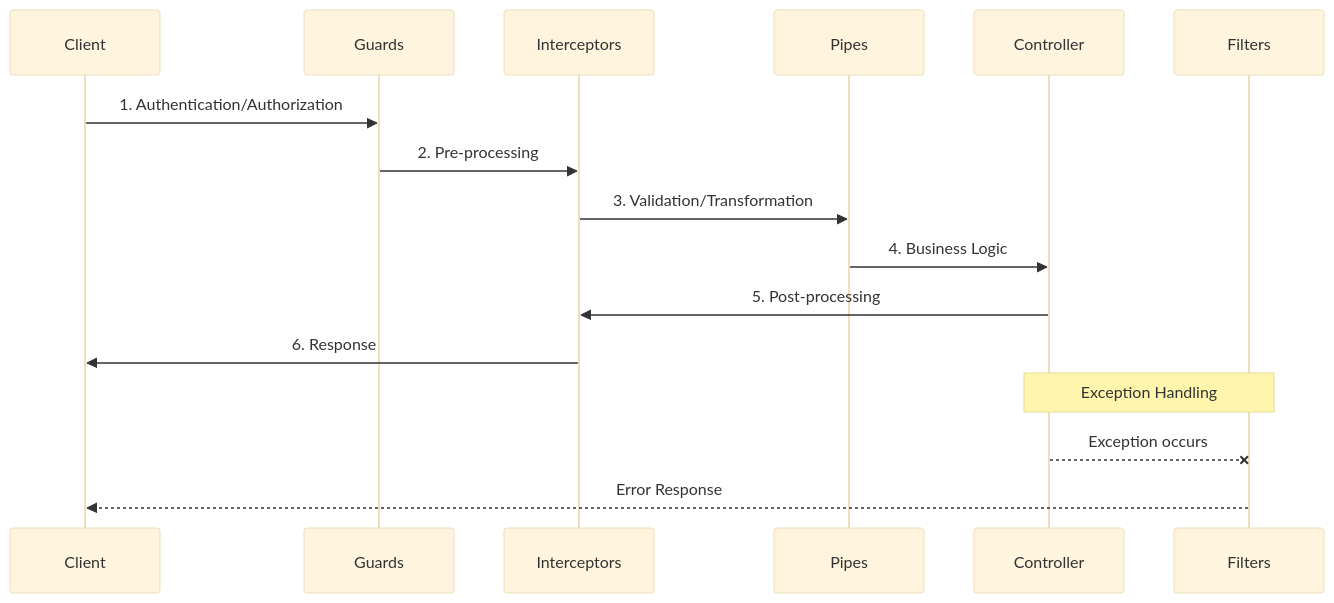
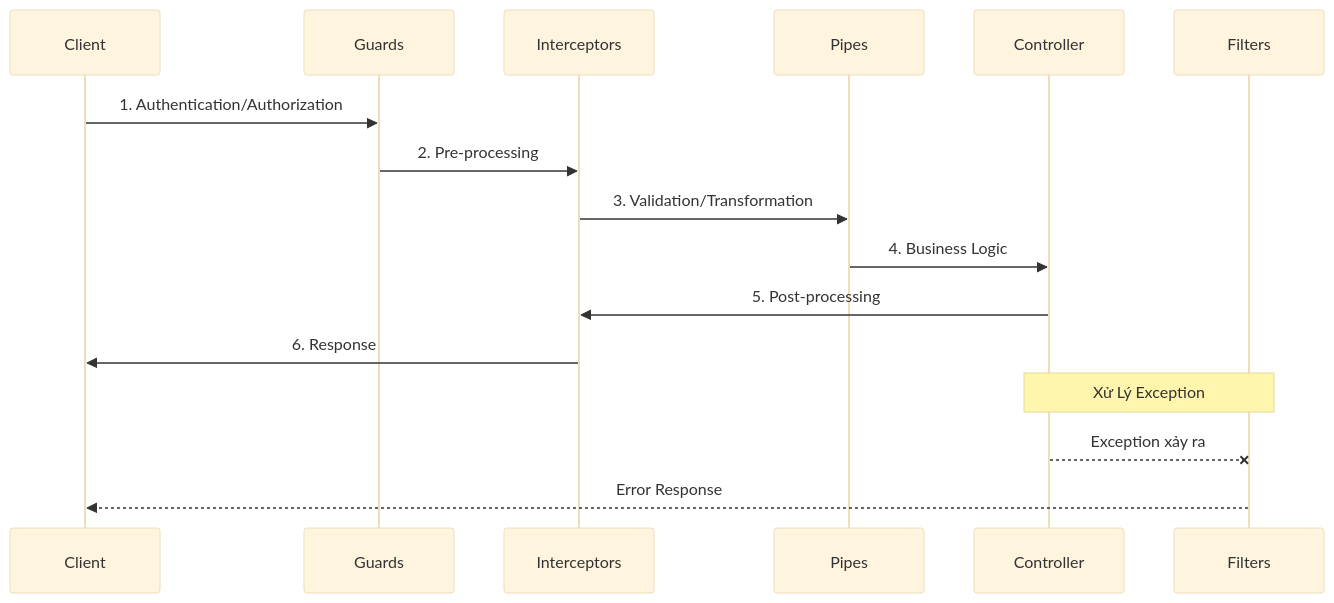
One commit to ecom-co/lib-grpc changed the second of 2 diagrams in docs/global-middleware.md. Above: the diagram before and after it, drawn with Mermaid (base theme). The commit also changed other lines of this file, not shown here.

````diff
--- a/docs/global-middleware.md
+++ b/docs/global-middleware.md
@@ -254,20 +254,20 @@
 ```mermaid
 sequenceDiagram
     participant Client
     participant Guards
     participant Interceptors
     participant Pipes
     participant Controller
     participant Filters
     
     Client->>Guards: 1. Authentication/Authorization
     Guards->>Interceptors: 2. Pre-processing
     Interceptors->>Pipes: 3. Validation/Transformation
     Pipes->>Controller: 4. Business Logic
     Controller->>Interceptors: 5. Post-processing
     Interceptors->>Client: 6. Response
     
-    Note over Controller,Filters: Exception Handling
-    Controller--xFilters: Exception occurs
+    Note over Controller,Filters: Xử Lý Exception
+    Controller--xFilters: Exception xảy ra
     Filters-->>Client: Error Response
 ```
````
